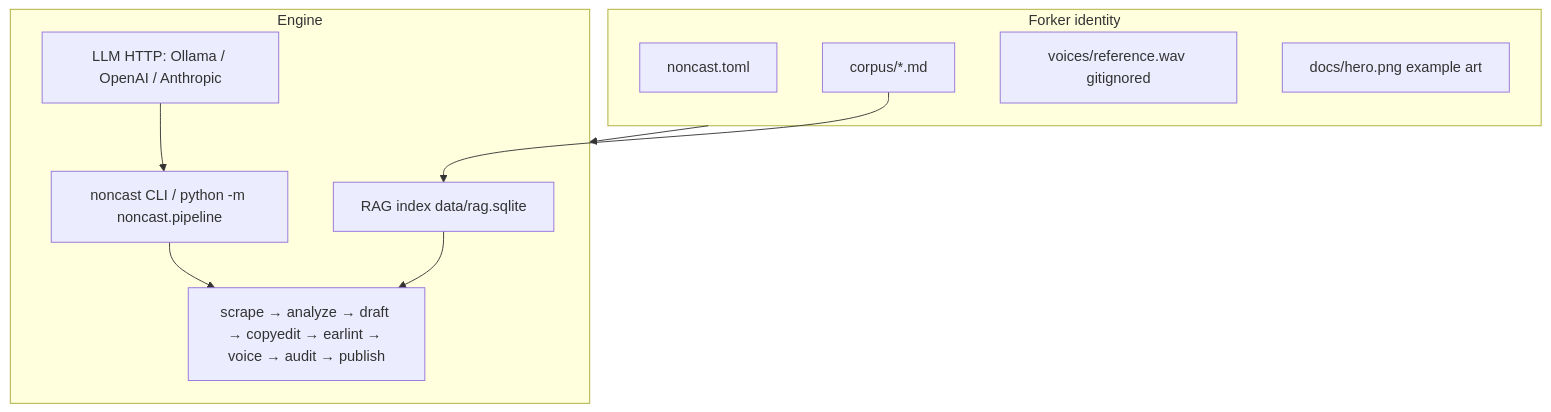
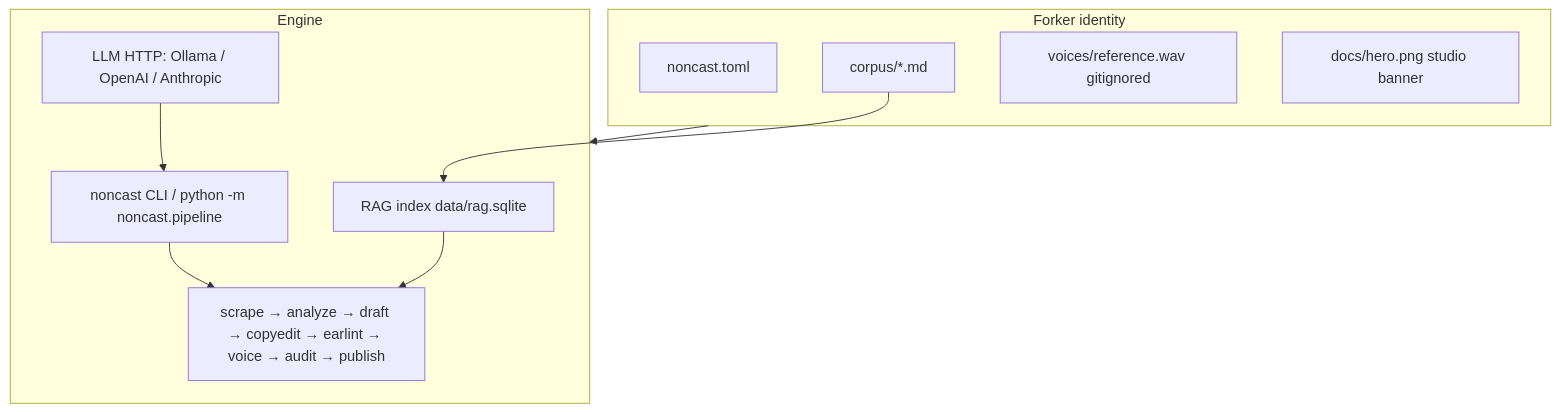
One commit to Nonarkara/Non-Cast changed the first of 2 diagrams in docs/architecture.md. Above: the diagram before and after it, drawn with Mermaid. The commit also changed 6 other files, not shown here.

First line of the commit message:
Add civic-studio README, manga hero, and MIT copyright.

````diff
--- a/docs/architecture.md
+++ b/docs/architecture.md
@@ -7,20 +7,20 @@
 ```mermaid
 flowchart TB
   subgraph identity["Forker identity"]
     Toml["noncast.toml"]
     Corpus["corpus/*.md"]
     Clip["voices/reference.wav gitignored"]
-    Hero["docs/hero.png example art"]
+    Hero["docs/hero.png studio banner"]
   end
   subgraph engine["Engine"]
     CLI["noncast CLI / python -m noncast.pipeline"]
     RAG["RAG index data/rag.sqlite"]
     LLM["LLM HTTP: Ollama / OpenAI / Anthropic"]
     Stages["scrape → analyze → draft → copyedit → earlint → voice → audit → publish"]
   end
   identity --> engine
   CLI --> Stages
   Corpus --> RAG
   RAG --> Stages
   LLM --> CLI
 ```
````
